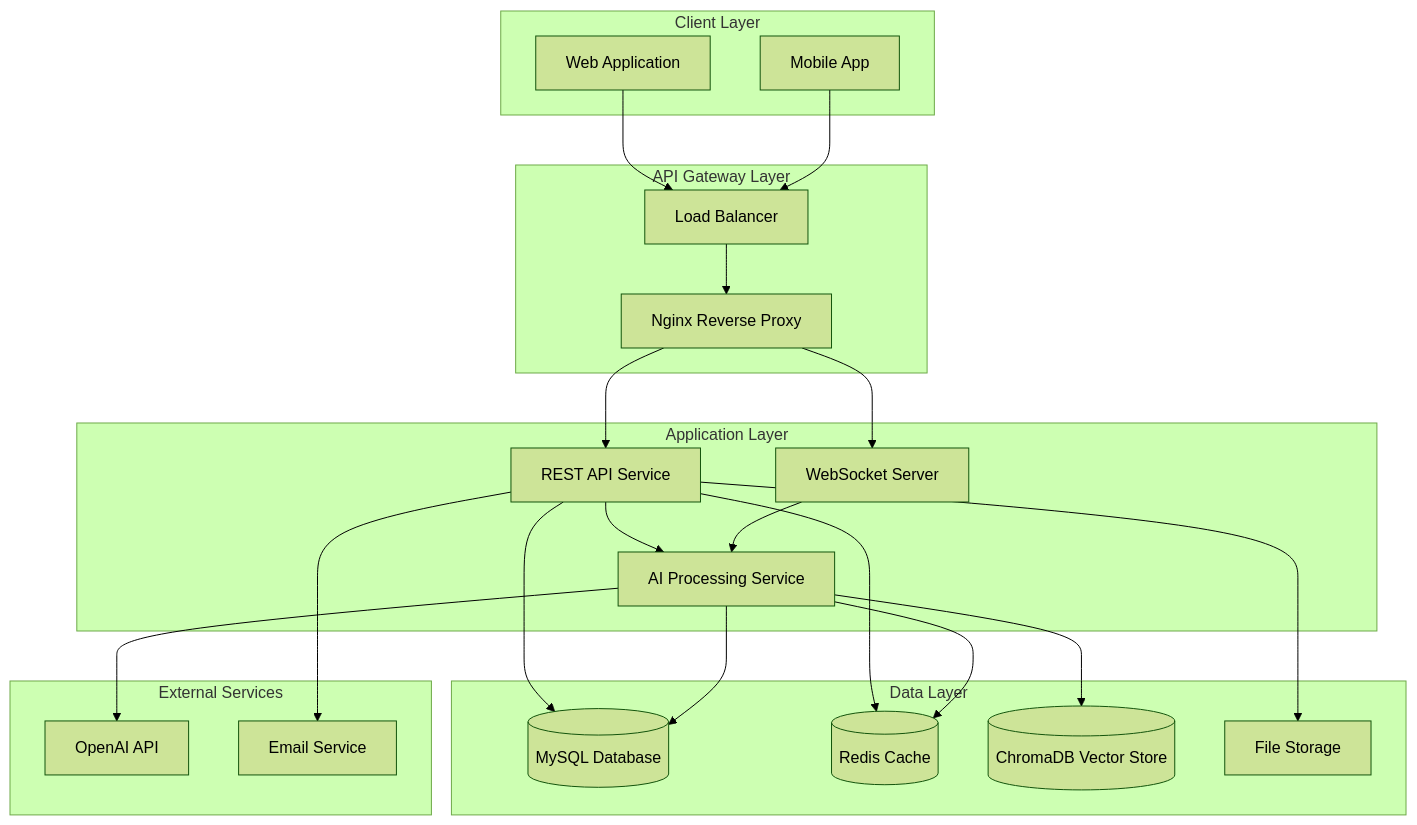
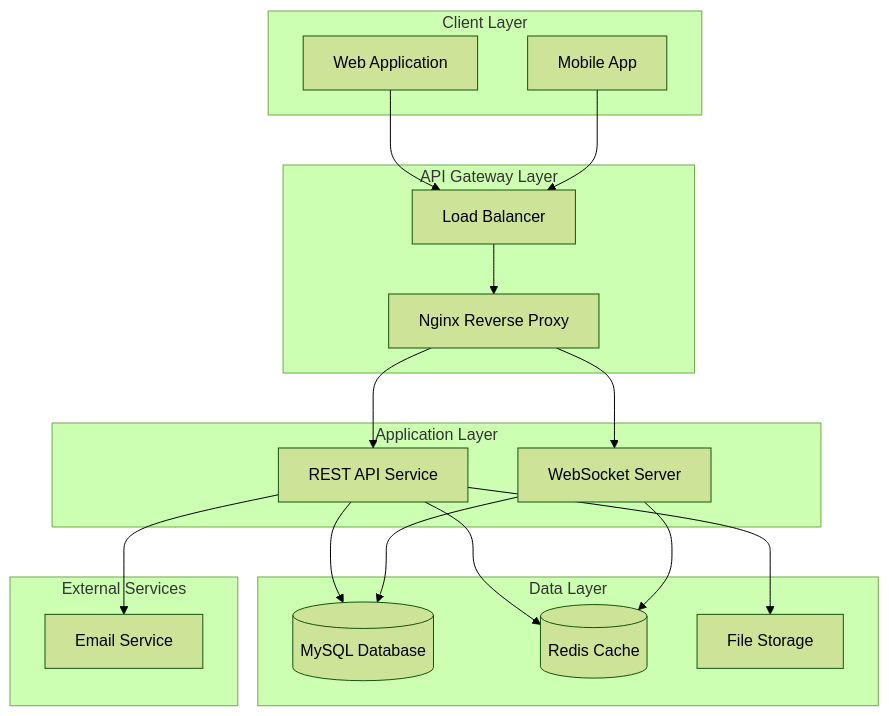
One commit to rohit-879/test changed the first of 9 diagrams in readme.md. Above: the diagram before and after it, drawn with Mermaid (forest theme). The commit also changed other lines of this file, not shown here.

````diff
--- a/readme.md
+++ b/readme.md
@@ -30,46 +29,39 @@
 ```mermaid
 graph TB
     subgraph "Client Layer"
         WEB[Web Application]
         MOBILE[Mobile App]
     end
     
     subgraph "API Gateway Layer"
         LB[Load Balancer]
         NGINX[Nginx Reverse Proxy]
     end
     
     subgraph "Application Layer"
         API[REST API Service]
-        AI[AI Processing Service]
         WS[WebSocket Server]
     end
     
     subgraph "Data Layer"
         MYSQL[(MySQL Database)]
         REDIS[(Redis Cache)]
-        CHROMA[(ChromaDB Vector Store)]
         FILES[File Storage]
     end
     
     subgraph "External Services"
-        OPENAI[OpenAI API]
         EMAIL[Email Service]
     end
     
     WEB --> LB
     MOBILE --> LB
     LB --> NGINX
     NGINX --> API
     NGINX --> WS
-    API --> AI
-    WS --> AI
     API --> MYSQL
     API --> REDIS
-    AI --> MYSQL
-    AI --> REDIS
-    AI --> CHROMA
-    AI --> OPENAI
+    WS --> MYSQL
+    WS --> REDIS
     API --> EMAIL
     API --> FILES
 ```
````
